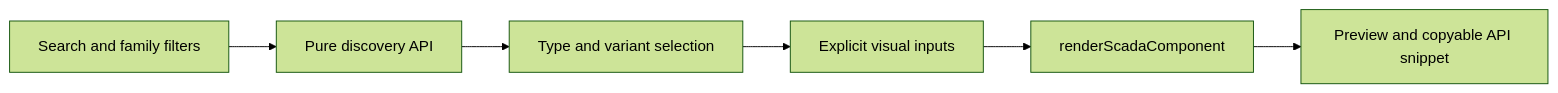
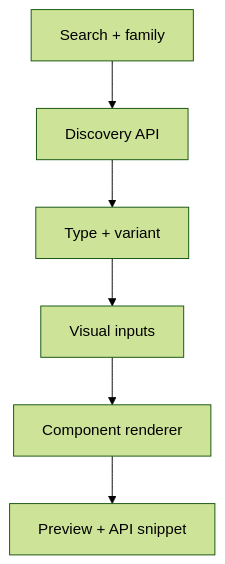
Before and after one commit to Valpatel/cad-agent: the diagram in software/cadagent/webkit/scada/ui/examples/components/README.md, drawn with Mermaid (forest theme). The commit also changed 27 other files, not shown here.

````diff
--- a/software/cadagent/webkit/scada/ui/examples/components/README.md
+++ b/software/cadagent/webkit/scada/ui/examples/components/README.md
@@ -7,8 +7,8 @@
 ```mermaid
-flowchart LR
-  search[Search and family filters] --> discovery[Pure discovery API]
-  discovery --> selection[Type and variant selection]
-  selection --> state[Explicit visual inputs]
-  state --> render[renderScadaComponent]
-  render --> preview[Preview and copyable API snippet]
+flowchart TD
+  Search["Search + family"] --> Discovery["Discovery API"]
+  Discovery --> Selection["Type + variant"]
+  Selection --> State["Visual inputs"]
+  State --> Render["Component renderer"]
+  Render --> Preview["Preview + API snippet"]
 ```
````
